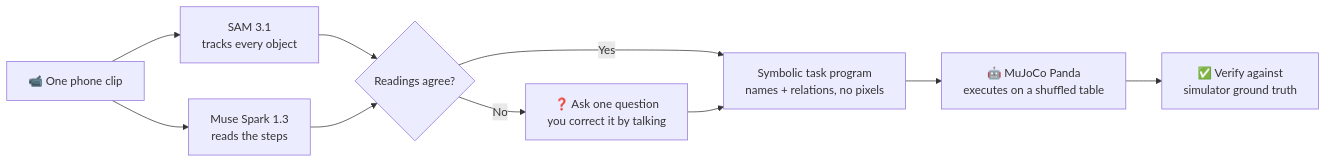
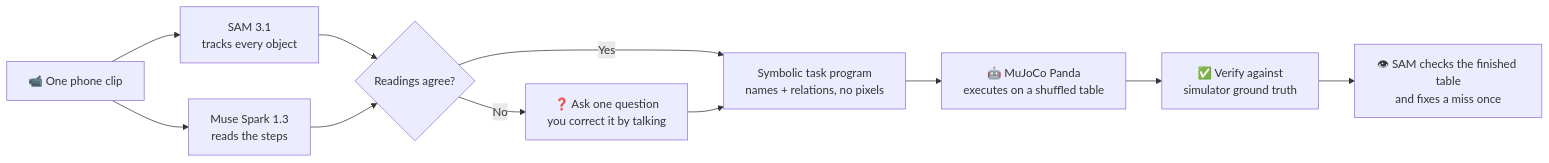
Before and after one commit to abubakarsiddik31/showonce: the diagram in README.md, drawn with Mermaid. The commit also changed other lines of this file and 11 other files, not shown here.

````diff
--- a/README.md
+++ b/README.md
@@ -63,12 +85,13 @@
 ```mermaid
 flowchart LR
     A["📹 One phone clip"] --> B["SAM 3.1<br/>tracks every object"]
     A --> C["Muse Spark 1.3<br/>reads the steps"]
     B --> D{"Readings agree?"}
     C --> D
     D -- "No" --> E["❓ Ask one question<br/>you correct it by talking"]
     D -- "Yes" --> F["Symbolic task program<br/>names + relations, no pixels"]
     E --> F
     F --> G["🤖 MuJoCo Panda<br/>executes on a shuffled table"]
     G --> H["✅ Verify against<br/>simulator ground truth"]
+    H --> I["👁 SAM checks the finished table<br/>and fixes a miss once"]
 ```
````
